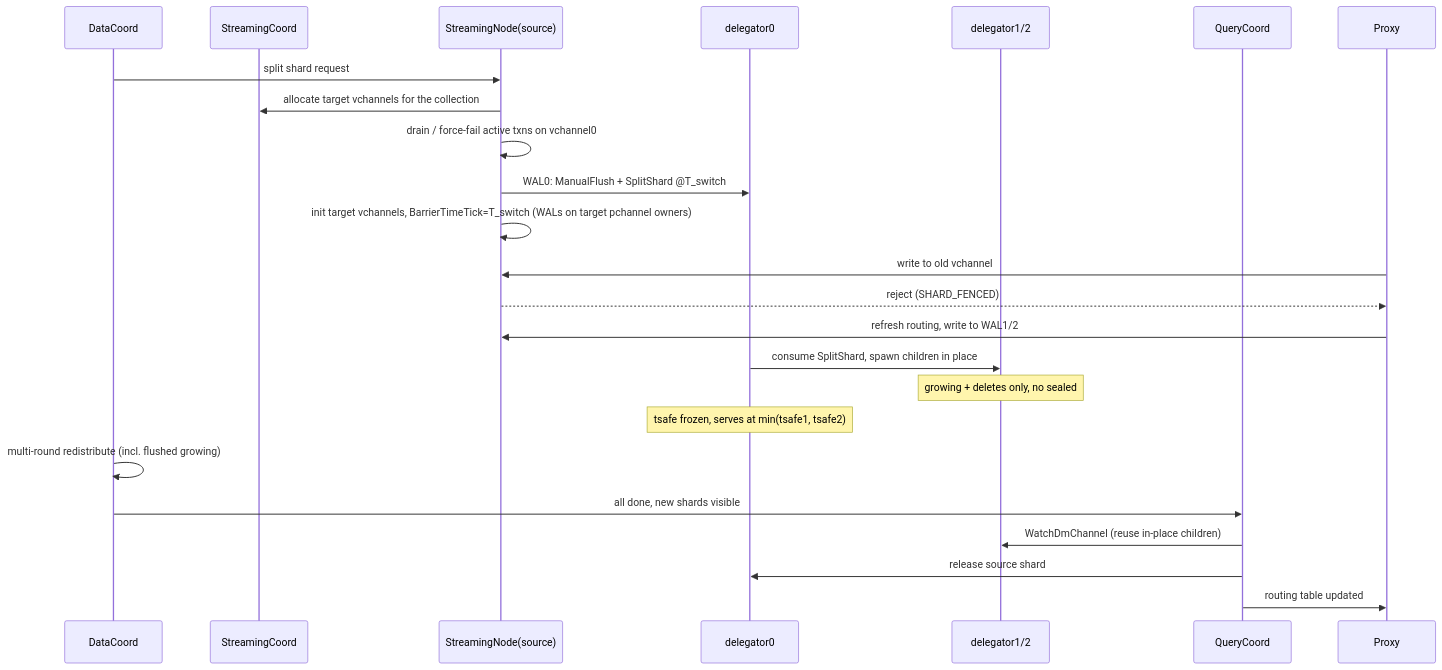
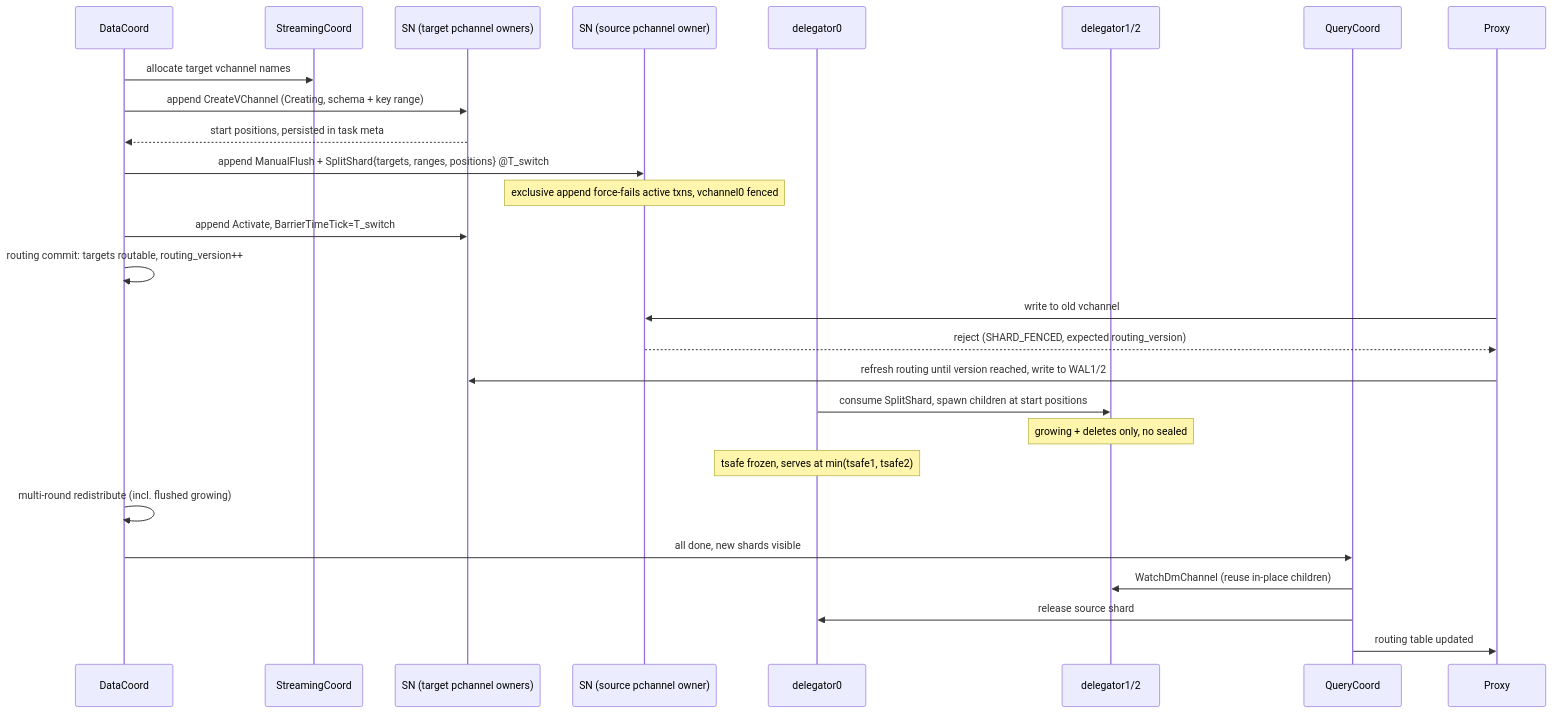
Before and after one commit to milvus-io/milvus: the second of 4 diagrams in docs/design-docs/design_docs/20260610-shard_split.md, drawn with Mermaid. The commit also changed other lines of this file, not shown here.

First line of the commit message:
doc: address review comments on the shard split design

````diff
--- a/docs/design-docs/design_docs/20260610-shard_split.md
+++ b/docs/design-docs/design_docs/20260610-shard_split.md
@@ -266,26 +311,29 @@
 ```mermaid
 sequenceDiagram
     participant DC as DataCoord
     participant SC as StreamingCoord
-    participant SN as StreamingNode(source)
+    participant SNT as SN (target pchannel owners)
+    participant SN0 as SN (source pchannel owner)
     participant D0 as delegator0
     participant D12 as delegator1/2
     participant QC as QueryCoord
     participant PX as Proxy
-    DC->>SN: split shard request
-    SN->>SC: allocate target vchannels for the collection
-    SN->>SN: drain / force-fail active txns on vchannel0
-    SN->>D0: WAL0: ManualFlush + SplitShard @T_switch
-    SN->>SN: init target vchannels, BarrierTimeTick=T_switch (WALs on target pchannel owners)
-    PX->>SN: write to old vchannel
-    SN-->>PX: reject (SHARD_FENCED)
-    PX->>SN: refresh routing, write to WAL1/2
-    D0->>D12: consume SplitShard, spawn children in place
+    DC->>SC: allocate target vchannel names
+    DC->>SNT: append CreateVChannel (Creating, schema + key range)
+    SNT-->>DC: start positions, persisted in task meta
+    DC->>SN0: append ManualFlush + SplitShard{targets, ranges, positions} @T_switch
+    Note over SN0: exclusive append force-fails active txns, vchannel0 fenced
+    DC->>SNT: append Activate, BarrierTimeTick=T_switch
+    DC->>DC: routing commit: targets routable, routing_version++
+    PX->>SN0: write to old vchannel
+    SN0-->>PX: reject (SHARD_FENCED, expected routing_version)
+    PX->>SNT: refresh routing until version reached, write to WAL1/2
+    D0->>D12: consume SplitShard, spawn children at start positions
     Note over D12: growing + deletes only, no sealed
     Note over D0: tsafe frozen, serves at min(tsafe1, tsafe2)
     DC->>DC: multi-round redistribute (incl. flushed growing)
     DC->>QC: all done, new shards visible
     QC->>D12: WatchDmChannel (reuse in-place children)
     QC->>D0: release source shard
     QC->>PX: routing table updated
 ```
````
